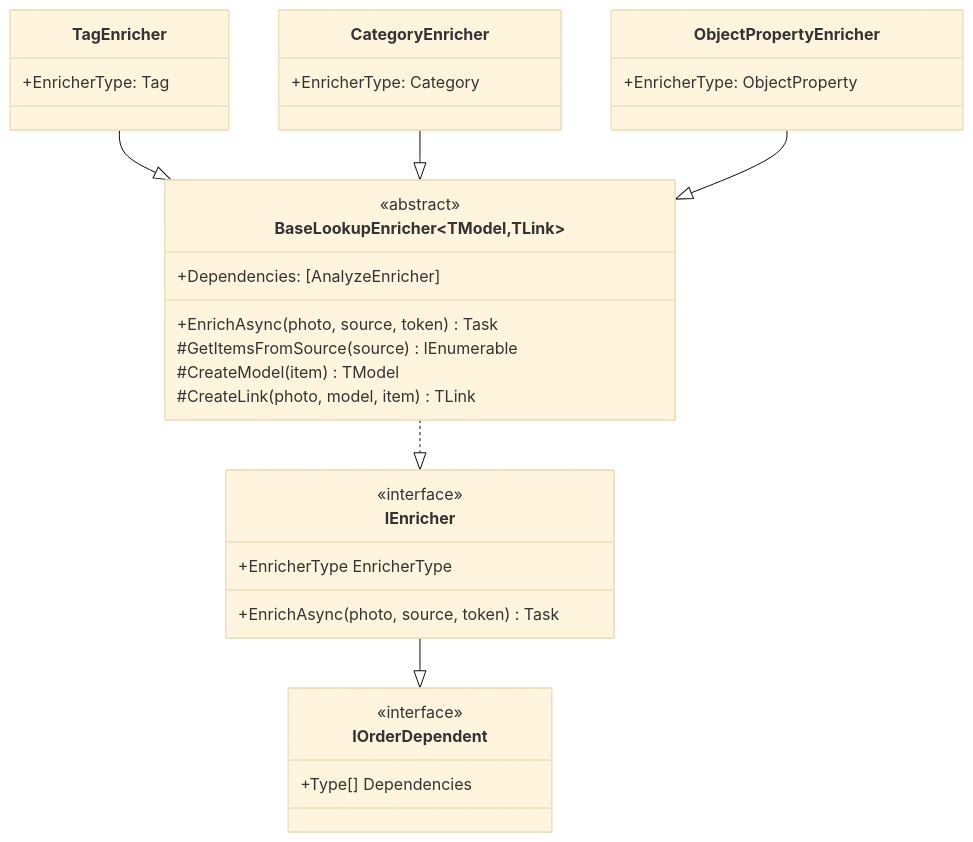
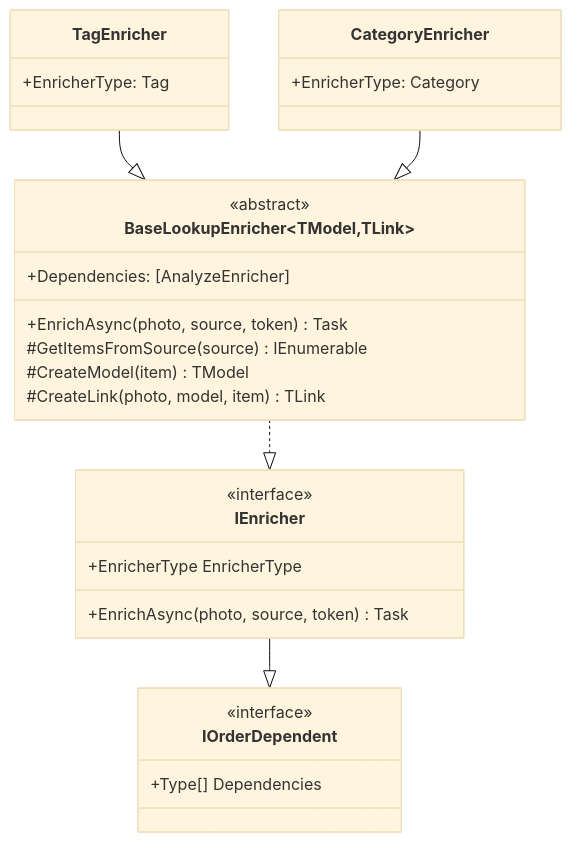
One commit to makhin/PhotoBank changed the second of 2 diagrams in docs/enricher-dependency-diagram.md. Above: the diagram before and after it, drawn with Mermaid (base theme). The commit also changed other lines of this file and 1 other file, not shown here.

Commit message:
docs: refresh enricher documentation

````diff
--- a/docs/enricher-dependency-diagram.md
+++ b/docs/enricher-dependency-diagram.md
@@ -118,41 +116,36 @@
 ```mermaid
 classDiagram
     class IEnricher {
         <<interface>>
         +EnricherType EnricherType
         +EnrichAsync(photo, source, token) Task
     }
 
     class IOrderDependent {
         <<interface>>
         +Type[] Dependencies
     }
 
     class BaseLookupEnricher~TModel,TLink~ {
         <<abstract>>
         +Dependencies: [AnalyzeEnricher]
         +EnrichAsync(photo, source, token) Task
         #GetItemsFromSource(source) IEnumerable
         #CreateModel(item) TModel
         #CreateLink(photo, model, item) TLink
     }
 
     IEnricher --|> IOrderDependent
     BaseLookupEnricher ..|> IEnricher
 
     TagEnricher --|> BaseLookupEnricher
     CategoryEnricher --|> BaseLookupEnricher
-    ObjectPropertyEnricher --|> BaseLookupEnricher
 
     class TagEnricher {
         +EnricherType: Tag
     }
 
     class CategoryEnricher {
         +EnricherType: Category
     }
-
-    class ObjectPropertyEnricher {
-        +EnricherType: ObjectProperty
-    }
 ```
````
